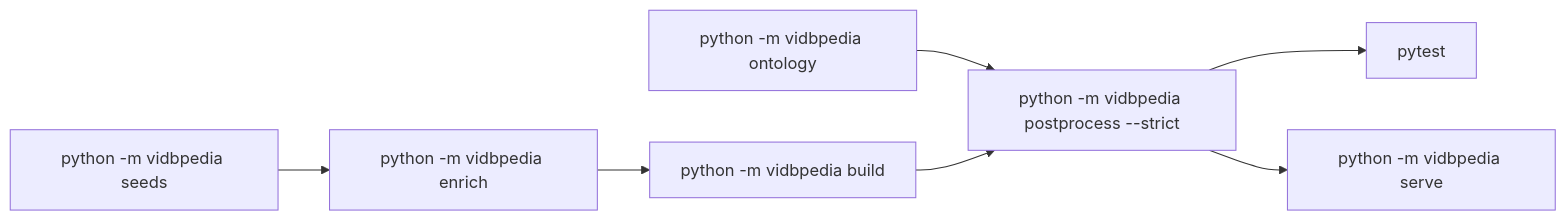
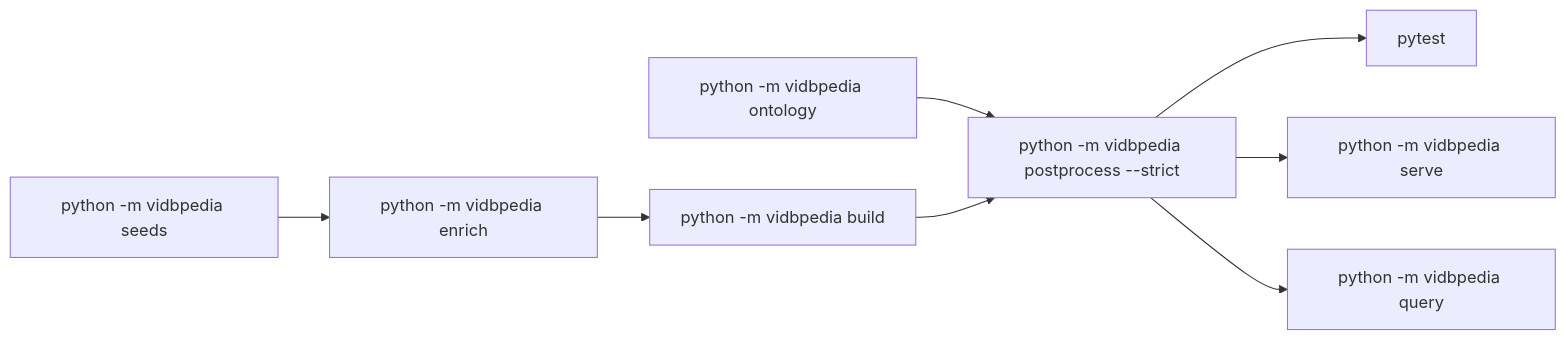
The second of 11 diagrams in ARCHITECTURE.md (DzungHD35/vietnamese-dbpedia), drawn with Mermaid before and after one commit. The commit also changed other lines of this file and 7 other files, not shown here.

````diff
--- a/ARCHITECTURE.md
+++ b/ARCHITECTURE.md
@@ -105,9 +106,10 @@
 ```mermaid
 flowchart LR
     S1["python -m vidbpedia seeds"] --> S2["python -m vidbpedia enrich"]
     S2 --> S4["python -m vidbpedia build"]
     S3["python -m vidbpedia ontology"] --> S5
     S4 --> S5["python -m vidbpedia postprocess --strict"]
     S5 --> S6["pytest"]
     S5 --> S7["python -m vidbpedia serve"]
+    S5 --> S8["python -m vidbpedia query"]
 ```
````
